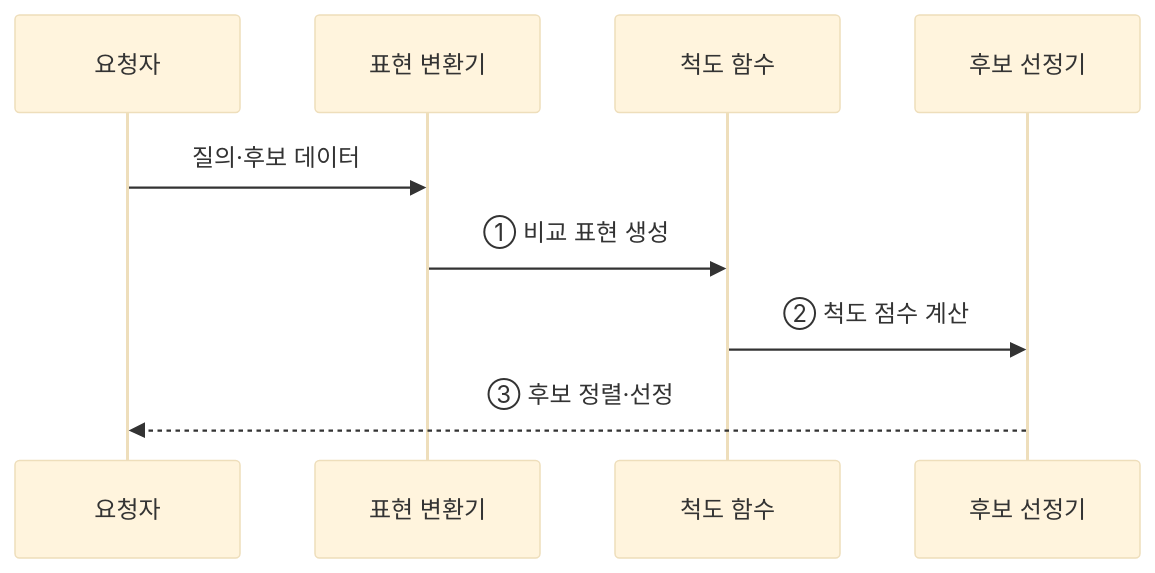
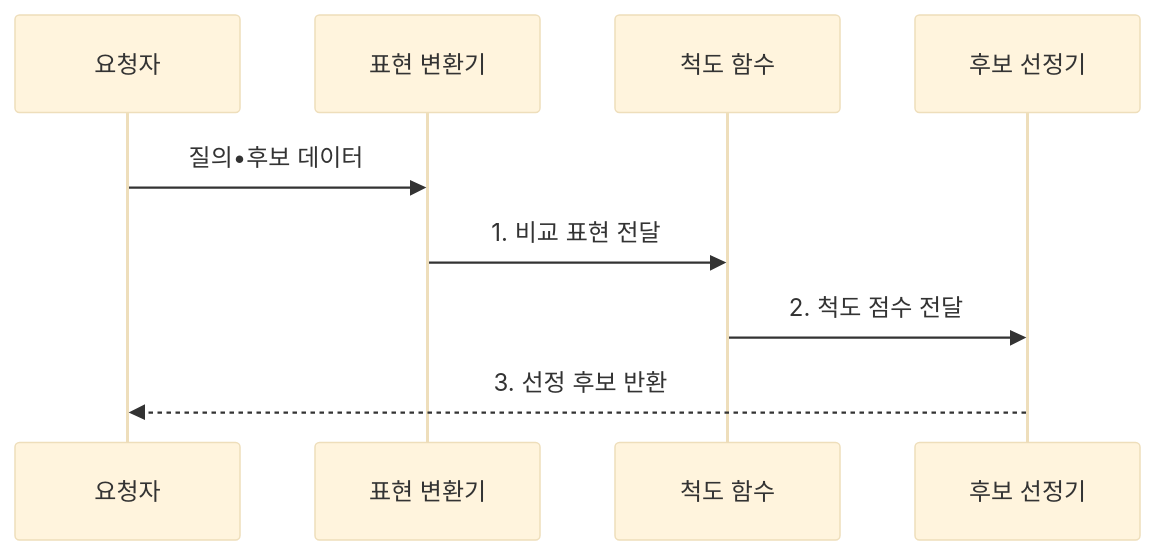
The second of 3 diagrams in src/content/docs/notes/01-basic-theory/037_similarity_measures.md (agnusdei1207/knowledge-base), drawn with Mermaid (base theme) before and after one commit. The commit also changed other lines of this file and 20 other files, not shown here.

````diff
--- a/src/content/docs/notes/01-basic-theory/037_similarity_measures.md
+++ b/src/content/docs/notes/01-basic-theory/037_similarity_measures.md
@@ -80,11 +78,11 @@
 ```mermaid
 sequenceDiagram
     participant Q as 요청자
     participant T as 표현 변환기
     participant F as 척도 함수
     participant R as 후보 선정기
-    Q->>T: 질의·후보 데이터
-    T->>F: ① 비교 표현 생성
-    F->>R: ② 척도 점수 계산
-    R-->>Q: ③ 후보 정렬·선정
+    Q->>T: 질의•후보 데이터
+    T->>F: 1. 비교 표현 전달
+    F->>R: 2. 척도 점수 전달
+    R-->>Q: 3. 선정 후보 반환
 ```
````
